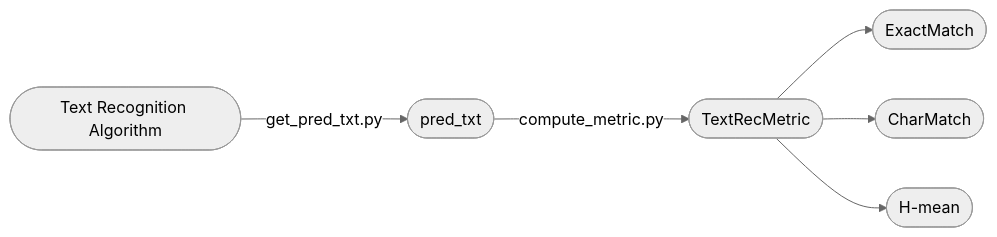
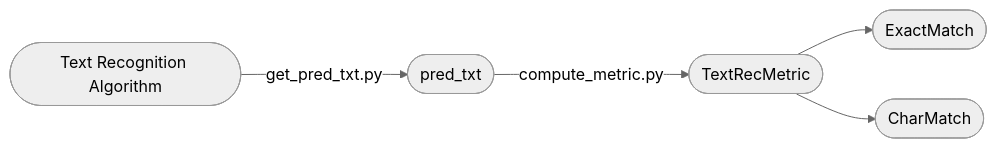
One commit to SWHL/TextRecMetric changed the diagram in README.md. Above: the diagram before and after it, drawn with Mermaid (neutral theme).

````diff
--- a/README.md
+++ b/README.md
@@ -22,8 +22,7 @@
 ```mermaid
 flowchart LR
 
 A([Text Recognition Algorithm]) --get_pred_txt.py--> B([pred_txt])
 B --compute_metric.py--> C([TextRecMetric]) --> D([ExactMatch])
 C --> E([CharMatch])
-C --> F([H-mean])
 ```
````
